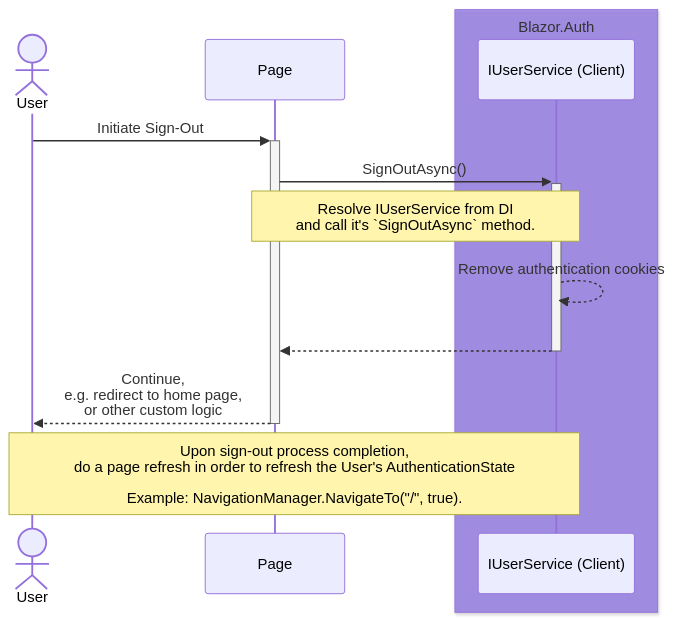
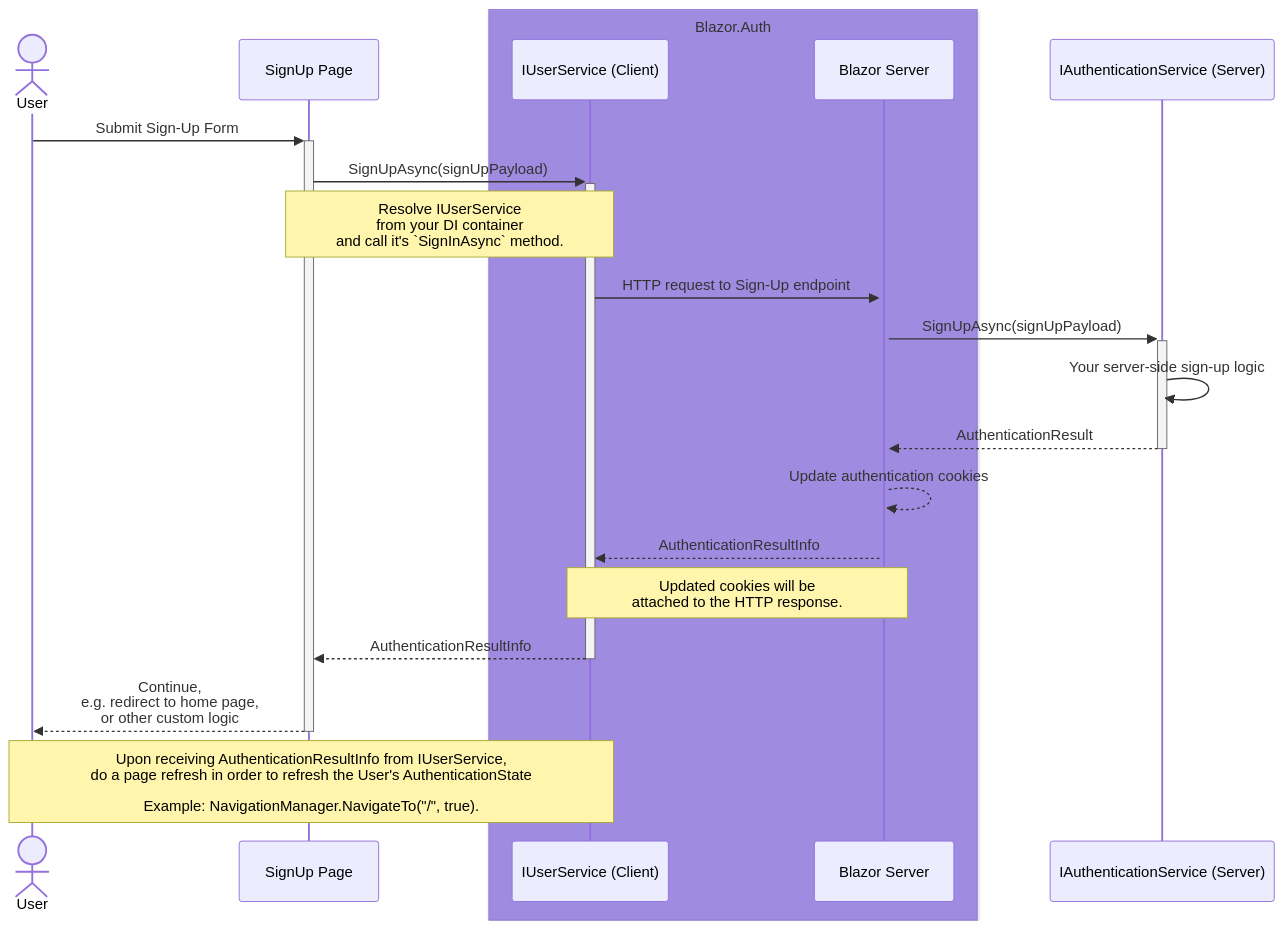
Before and after one commit to BitzArt/Blazor.Auth: the third of 3 diagrams in docs/src/04.use-cases/02.interactive-webassembly.md, drawn with Mermaid. The commit also changed other lines of this file and 5 other files, not shown here.

````diff
--- a/docs/src/04.use-cases/02.interactive-webassembly.md
+++ b/docs/src/04.use-cases/02.interactive-webassembly.md
@@ -75,20 +73,32 @@
 ```mermaid
 sequenceDiagram
 
 actor user as User
-participant page as Page
+participant page as SignUp Page
 
 box rgba(101, 63, 232, 0.5) Blazor.Auth
 participant userServiceClient as IUserService (Client)
+participant userServiceServer as Blazor Server
 end
 
-user ->>+ page: Initiate Sign-Out
-page ->>+ userServiceClient: SignOutAsync()
-note over page,userServiceClient: Resolve IUserService from DI<br/> and call it's `SignOutAsync` method.
-userServiceClient -->> userServiceClient: Remove authentication cookies
+participant authService as IAuthenticationService (Server)
 
-userServiceClient -->>- page: #32;
+user ->>+ page: Submit Sign-Up Form
+page ->>+ userServiceClient: SignUpAsync(signUpPayload)
+note over page,userServiceClient: Resolve IUserService <br/> from your DI container<br/> and call it's `SignInAsync` method.
+userServiceClient ->>+ userServiceServer: HTTP request to Sign-Up endpoint
+
+userServiceServer ->>+ authService: SignUpAsync(signUpPayload)
+authService ->> authService: Your server-side sign-up logic
+
+authService -->>- userServiceServer: AuthenticationResult
+userServiceServer -->> userServiceServer: Update authentication cookies
+userServiceServer -->> userServiceClient: AuthenticationResultInfo
+
+note over userServiceClient,userServiceServer: Updated cookies will be<br/>attached to the HTTP response.
+
+userServiceClient -->>- page: AuthenticationResultInfo
 page -->>- user: Continue, <br/> e.g. redirect to home page, <br/> or other custom logic
 
-note over user,userServiceClient: Upon sign-out process completion, <br/> do a page refresh in order to refresh the User's AuthenticationState<br/><br/> Example: NavigationManager.NavigateTo("/", true).
+note over user,userServiceClient: Upon receiving AuthenticationResultInfo from IUserService, <br/> do a page refresh in order to refresh the User's AuthenticationState<br/><br/> Example: NavigationManager.NavigateTo("/", true).
 ```
````
